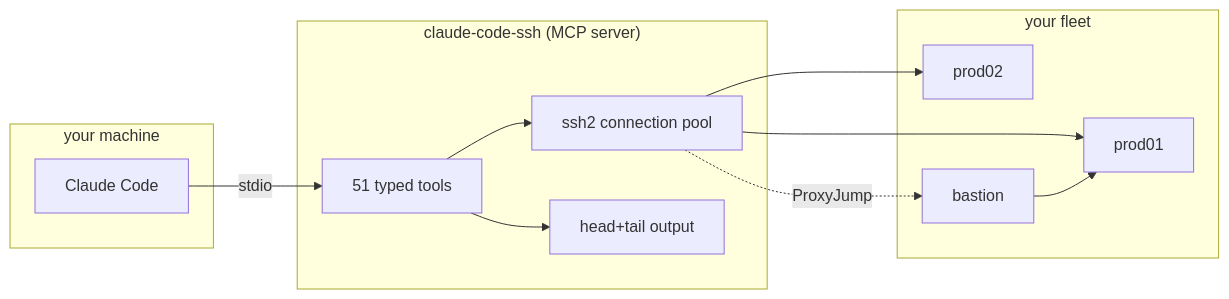
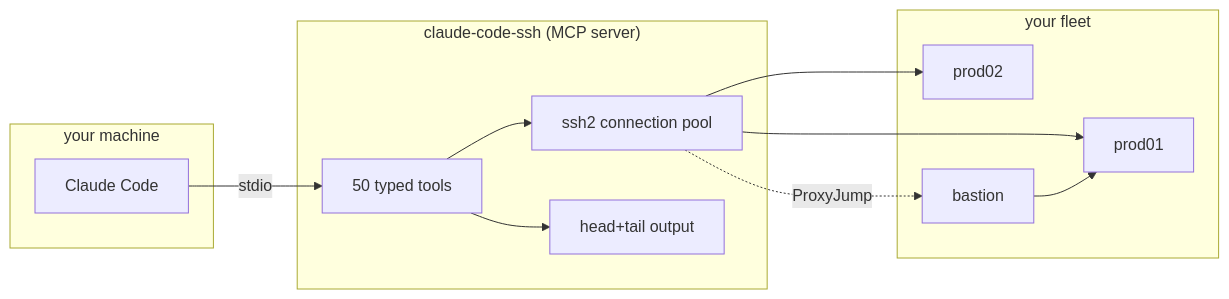
One commit to hunchom/claude-code-ssh changed the diagram in README.md. Above: the diagram before and after it, drawn with Mermaid. The commit also changed other lines of this file and 6 other files, not shown here.

````diff
--- a/README.md
+++ b/README.md
@@ -104,23 +104,23 @@
 ```mermaid
 flowchart LR
   subgraph client["your machine"]
     C[Claude Code]
   end
   subgraph mcp["claude-code-ssh (MCP server)"]
-    T[51 typed tools]
+    T[50 typed tools]
     P[ssh2 connection pool]
     O[head+tail output]
     T --> P
     T --> O
   end
   subgraph fleet["your fleet"]
     H1[prod01]
     H2[prod02]
     B[bastion]
   end
   C -- stdio --> T
   P --> H1
   P --> H2
   P -. ProxyJump .-> B
   B --> H1
 ```
````
